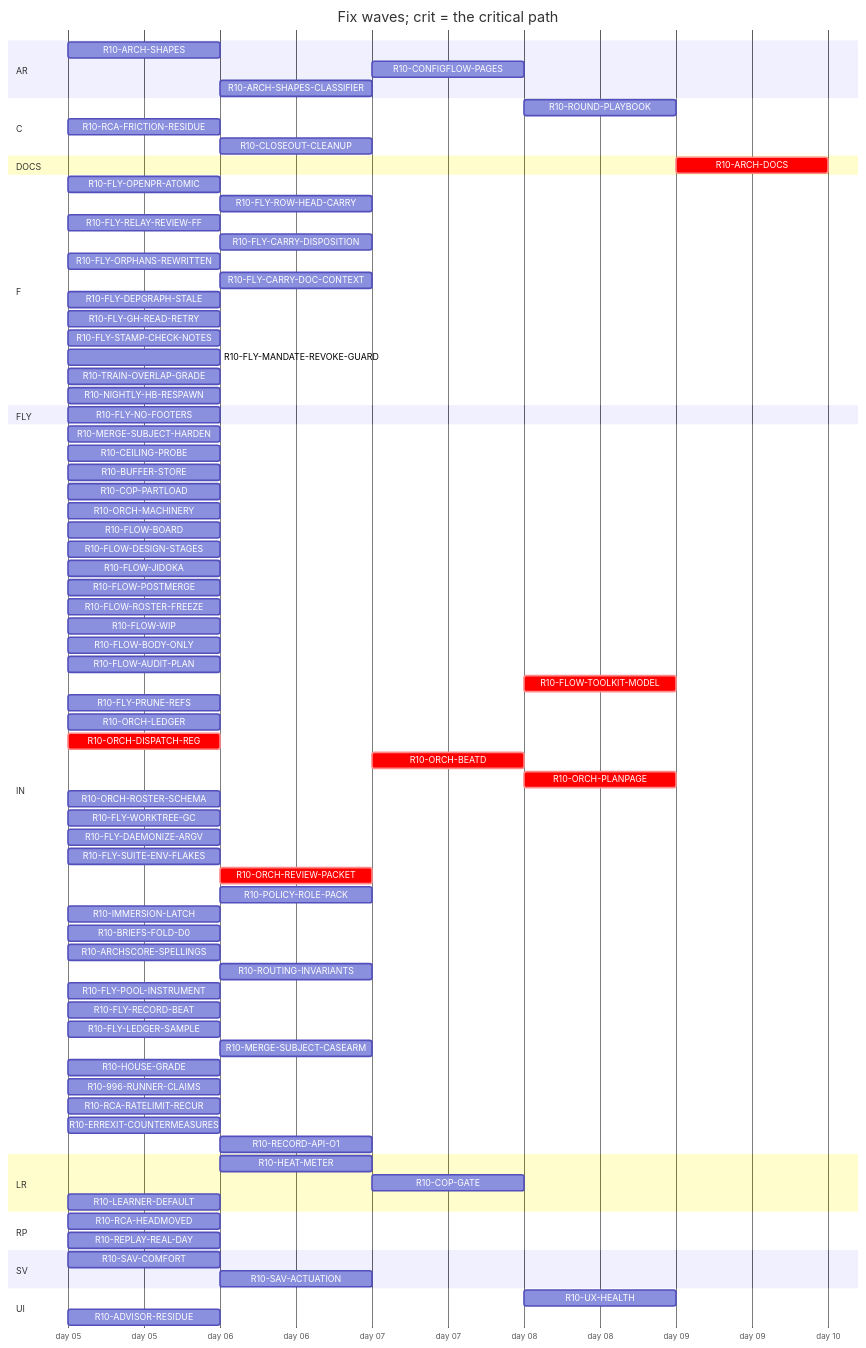
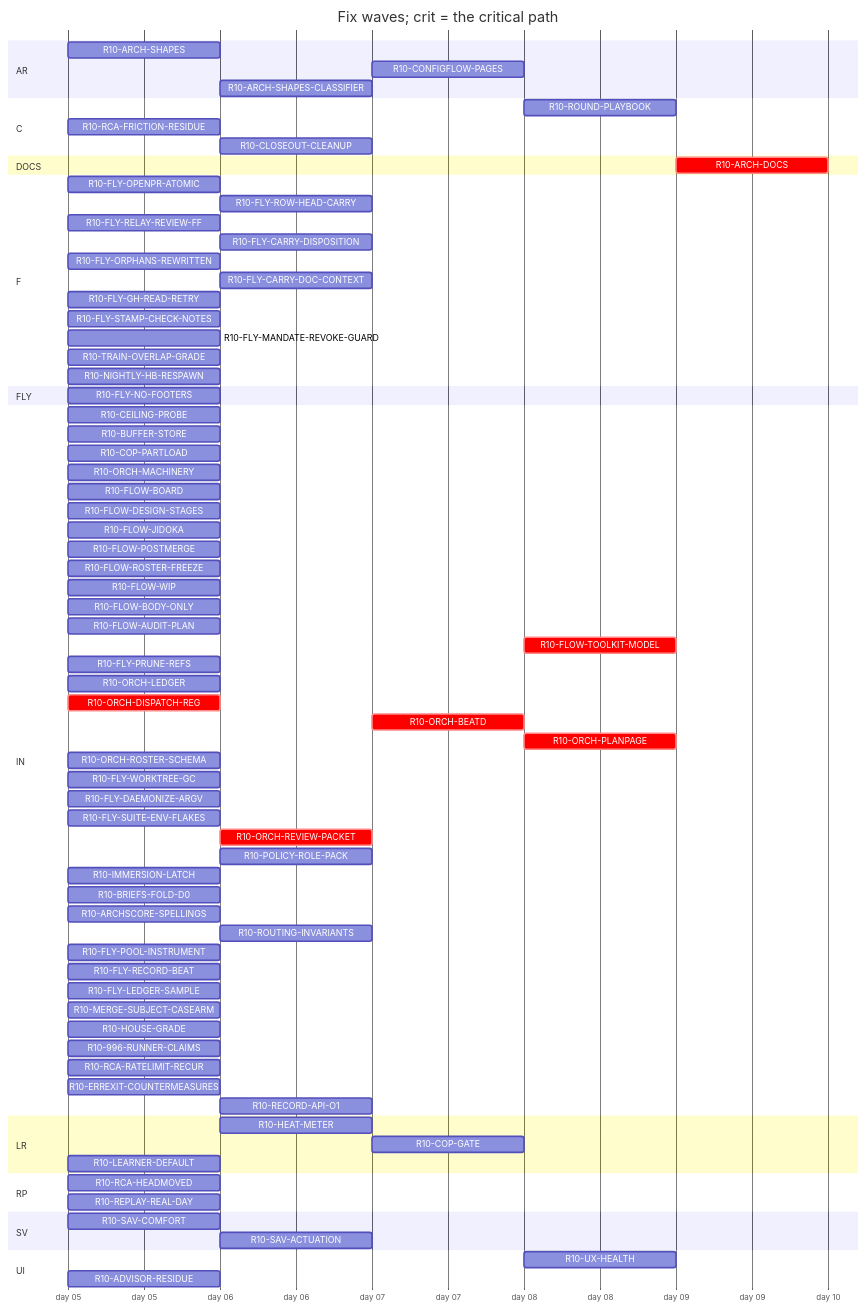
One commit to tvofi/heatpump_optimizer changed the diagram in handoff/round10/state/PLAN-TABLE.md. Above: the diagram before and after it, drawn with Mermaid. The commit also changed other lines of this file and 2 other files, not shown here.

```diff
--- a/handoff/round10/state/PLAN-TABLE.md
+++ b/handoff/round10/state/PLAN-TABLE.md
@@ -34,7 +34,7 @@
     R10-RCA-FRICTION-RESIDUE :r10RCAFRICTIONRESIDUE, 2026-01-05, 1d
     R10-CLOSEOUT-CLEANUP :r10CLOSEOUTCLEANUP, after r10FLYPRUNEREFS r10FLYWORKTREEGC, 1d
   section DOCS
-    R10-ARCH-DOCS :crit, r10ARCHDOCS, after r10ARCHSHAPES r10HEATMETER r10COPGATE r10UXHEALTH r10CONFIGFLOWPAGES r10RCAHEADMOVED r10SAVCOMFORT r10MERGESUBJECTHARDEN r10CEILINGPROBE r10BUFFERSTORE r10COPPARTLOAD r10LEARNERDEFAULT r10FLOWBOARD r10FLOWDESIGNSTAGES r10FLOWJIDOKA r10FLOWPOSTMERGE r10FLOWROSTERFREEZE r10FLOWWIP r10FLOWBODYONLY r10FLYOPENPRATOMIC r10FLYROWHEADCARRY r10FLOWAUDITPLAN r10FLYRELAYREVIEWFF r10FLYCARRYDISPOSITION r10FLYORPHANSREWRITTEN r10FLYCARRYDOCCONTEXT r10FLYDEPGRAPHSTALE r10FLOWTOOLKITMODEL r10FLYSTAMPCHECKNOTES r10FLYMANDATEREVOKEGUARD r10RCAFRICTIONRESIDUE r10TRAINOVERLAPGRADE r10NIGHTLYHBRESPAWN r10FLYPRUNEREFS r10ORCHLEDGER r10ORCHDISPATCHREG r10ORCHBEATD r10ORCHPLANPAGE r10ORCHROSTERSCHEMA r10FLYWORKTREEGC r10FLYDAEMONIZEARGV r10ORCHREVIEWPACKET r10POLICYROLEPACK r10IMMERSIONLATCH r10ADVISORRESIDUE r10BRIEFSFOLDD0 r10REPLAYREALDAY r10ARCHSCORESPELLINGS r10SAVACTUATION r10FLYLEDGERSAMPLE, 1d
+    R10-ARCH-DOCS :crit, r10ARCHDOCS, after r10ARCHSHAPES r10HEATMETER r10COPGATE r10UXHEALTH r10CONFIGFLOWPAGES r10RCAHEADMOVED r10SAVCOMFORT r10CEILINGPROBE r10BUFFERSTORE r10COPPARTLOAD r10LEARNERDEFAULT r10FLOWBOARD r10FLOWDESIGNSTAGES r10FLOWJIDOKA r10FLOWPOSTMERGE r10FLOWROSTERFREEZE r10FLOWWIP r10FLOWBODYONLY r10FLYOPENPRATOMIC r10FLYROWHEADCARRY r10FLOWAUDITPLAN r10FLYRELAYREVIEWFF r10FLYCARRYDISPOSITION r10FLYORPHANSREWRITTEN r10FLYCARRYDOCCONTEXT r10FLOWTOOLKITMODEL r10FLYSTAMPCHECKNOTES r10FLYMANDATEREVOKEGUARD r10RCAFRICTIONRESIDUE r10TRAINOVERLAPGRADE r10NIGHTLYHBRESPAWN r10FLYPRUNEREFS r10ORCHLEDGER r10ORCHDISPATCHREG r10ORCHBEATD r10ORCHPLANPAGE r10ORCHROSTERSCHEMA r10FLYWORKTREEGC r10FLYDAEMONIZEARGV r10ORCHREVIEWPACKET r10POLICYROLEPACK r10IMMERSIONLATCH r10ADVISORRESIDUE r10BRIEFSFOLDD0 r10REPLAYREALDAY r10ARCHSCORESPELLINGS r10SAVACTUATION r10FLYLEDGERSAMPLE, 1d
   section F
     R10-FLY-OPENPR-ATOMIC :r10FLYOPENPRATOMIC, 2026-01-05, 1d
     R10-FLY-ROW-HEAD-CARRY :r10FLYROWHEADCARRY, after r10FLYOPENPRATOMIC, 1d
@@ -42,7 +42,6 @@
     R10-FLY-CARRY-DISPOSITION :r10FLYCARRYDISPOSITION, after r10FLYORPHANSREWRITTEN, 1d
     R10-FLY-ORPHANS-REWRITTEN :r10FLYORPHANSREWRITTEN, 2026-01-05, 1d
     R10-FLY-CARRY-DOC-CONTEXT :r10FLYCARRYDOCCONTEXT, after r10FLYGHREADRETRY, 1d
-    R10-FLY-DEPGRAPH-STALE :r10FLYDEPGRAPHSTALE, 2026-01-05, 1d
     R10-FLY-GH-READ-RETRY :r10FLYGHREADRETRY, 2026-01-05, 1d
     R10-FLY-STAMP-CHECK-NOTES :r10FLYSTAMPCHECKNOTES, 2026-01-05, 1d
     R10-FLY-MANDATE-REVOKE-GUARD :r10FLYMANDATEREVOKEGUARD, 2026-01-05, 1d
@@ -51,7 +50,6 @@
   section FLY
     R10-FLY-NO-FOOTERS :r10FLYNOFOOTERS, 2026-01-05, 1d
   section IN
-    R10-MERGE-SUBJECT-HARDEN :r10MERGESUBJECTHARDEN, 2026-01-05, 1d
     R10-CEILING-PROBE :r10CEILINGPROBE, 2026-01-05, 1d
     R10-BUFFER-STORE :r10BUFFERSTORE, 2026-01-05, 1d
     R10-COP-PARTLOAD :r10COPPARTLOAD, 2026-01-05, 1d
@@ -83,7 +81,7 @@
     R10-FLY-POOL-INSTRUMENT :r10FLYPOOLINSTRUMENT, 2026-01-05, 1d
     R10-FLY-RECORD-BEAT :r10FLYRECORDBEAT, 2026-01-05, 1d
     R10-FLY-LEDGER-SAMPLE :r10FLYLEDGERSAMPLE, 2026-01-05, 1d
-    R10-MERGE-SUBJECT-CASEARM :r10MERGESUBJECTCASEARM, after r10MERGESUBJECTHARDEN, 1d
+    R10-MERGE-SUBJECT-CASEARM :r10MERGESUBJECTCASEARM, 2026-01-05, 1d
     R10-HOUSE-GRADE :r10HOUSEGRADE, 2026-01-05, 1d
     R10-996-RUNNER-CLAIMS :r10996RUNNERCLAIMS, 2026-01-05, 1d
     R10-RCA-RATELIMIT-RECUR :r10RCARATELIMITRECUR, 2026-01-05, 1d
```
